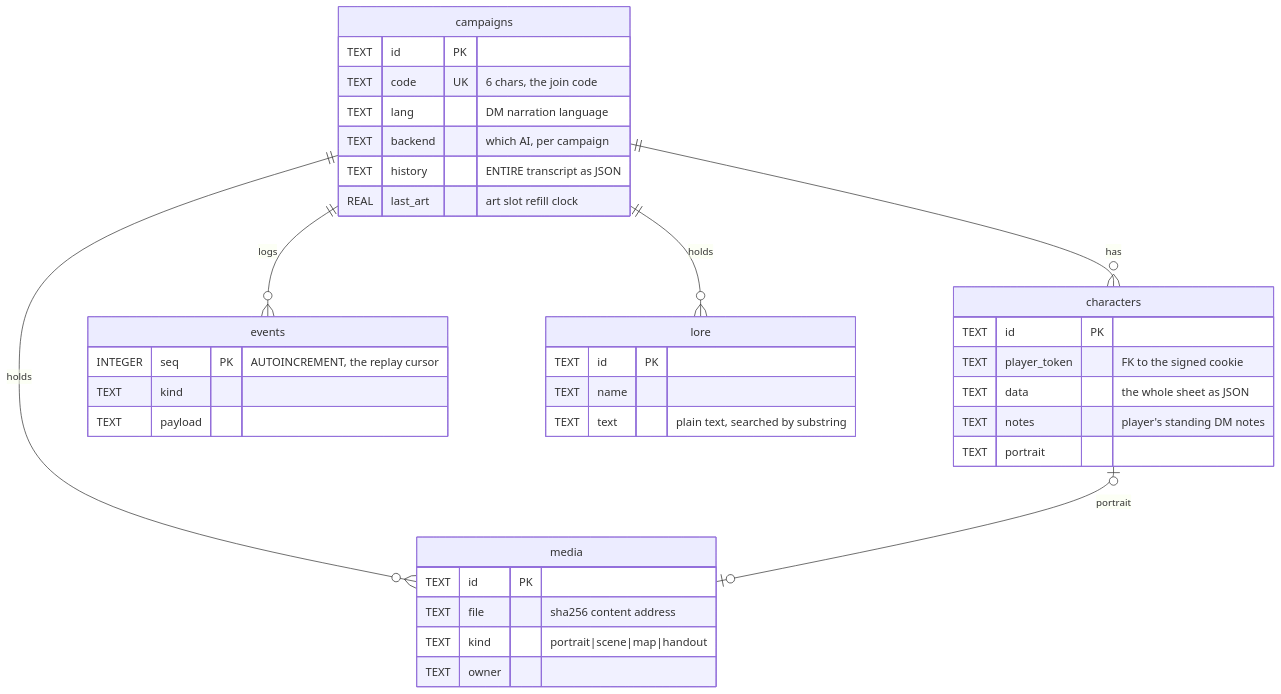
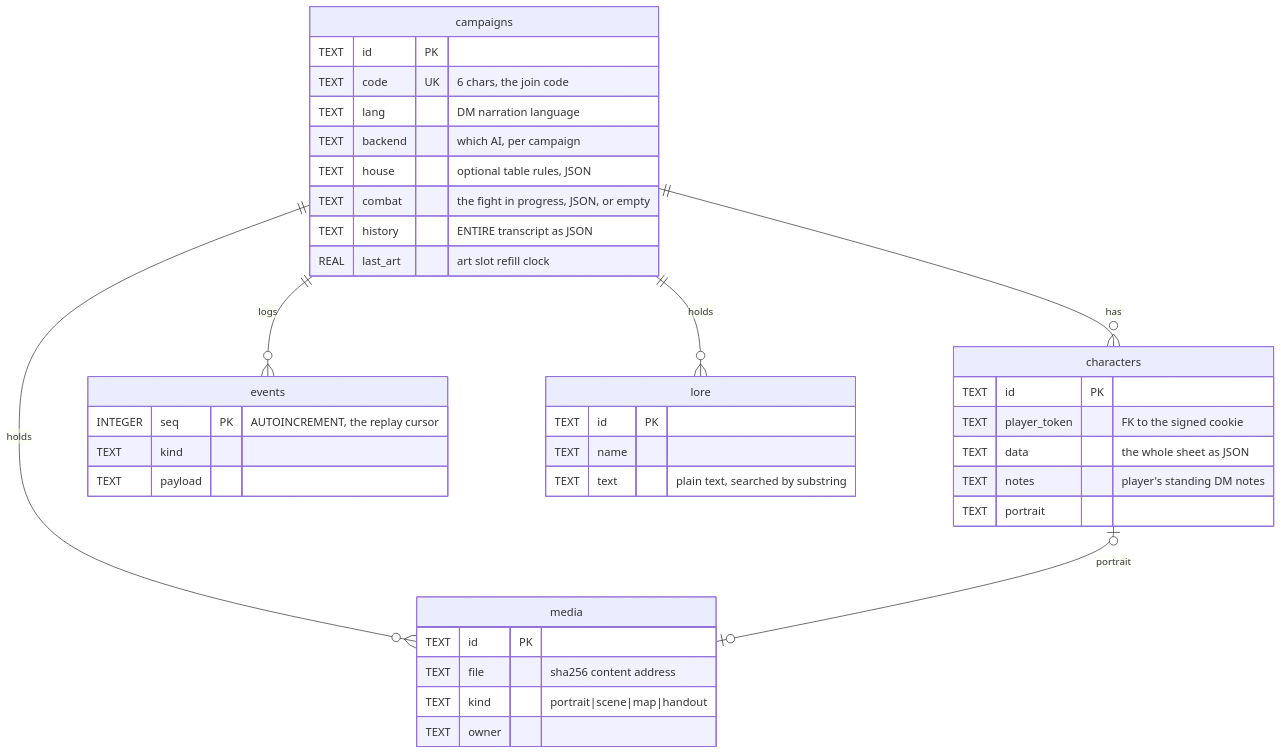
Before and after one commit to theam-ops/ai-dungeon-master: the third of 5 diagrams in ARCHITECTURE.md, drawn with Mermaid. The commit also changed other lines of this file and 18 other files, not shown here.

````diff
--- a/ARCHITECTURE.md
+++ b/ARCHITECTURE.md
@@ -182,40 +182,42 @@
 ```mermaid
 erDiagram
     campaigns ||--o{ characters : has
     campaigns ||--o{ events : logs
     campaigns ||--o{ media : holds
     campaigns ||--o{ lore : holds
     characters |o--o| media : portrait
 
     campaigns {
         TEXT id PK
         TEXT code UK "6 chars, the join code"
         TEXT lang "DM narration language"
         TEXT backend "which AI, per campaign"
+        TEXT house "optional table rules, JSON"
+        TEXT combat "the fight in progress, JSON, or empty"
         TEXT history "ENTIRE transcript as JSON"
         REAL last_art "art slot refill clock"
     }
     characters {
         TEXT id PK
         TEXT player_token "FK to the signed cookie"
         TEXT data "the whole sheet as JSON"
         TEXT notes "player's standing DM notes"
         TEXT portrait
     }
     events {
         INTEGER seq PK "AUTOINCREMENT, the replay cursor"
         TEXT kind
         TEXT payload
     }
     media {
         TEXT id PK
         TEXT file "sha256 content address"
         TEXT kind "portrait|scene|map|handout"
         TEXT owner
     }
     lore {
         TEXT id PK
         TEXT name
         TEXT text "plain text, searched by substring"
     }
 ```
````
